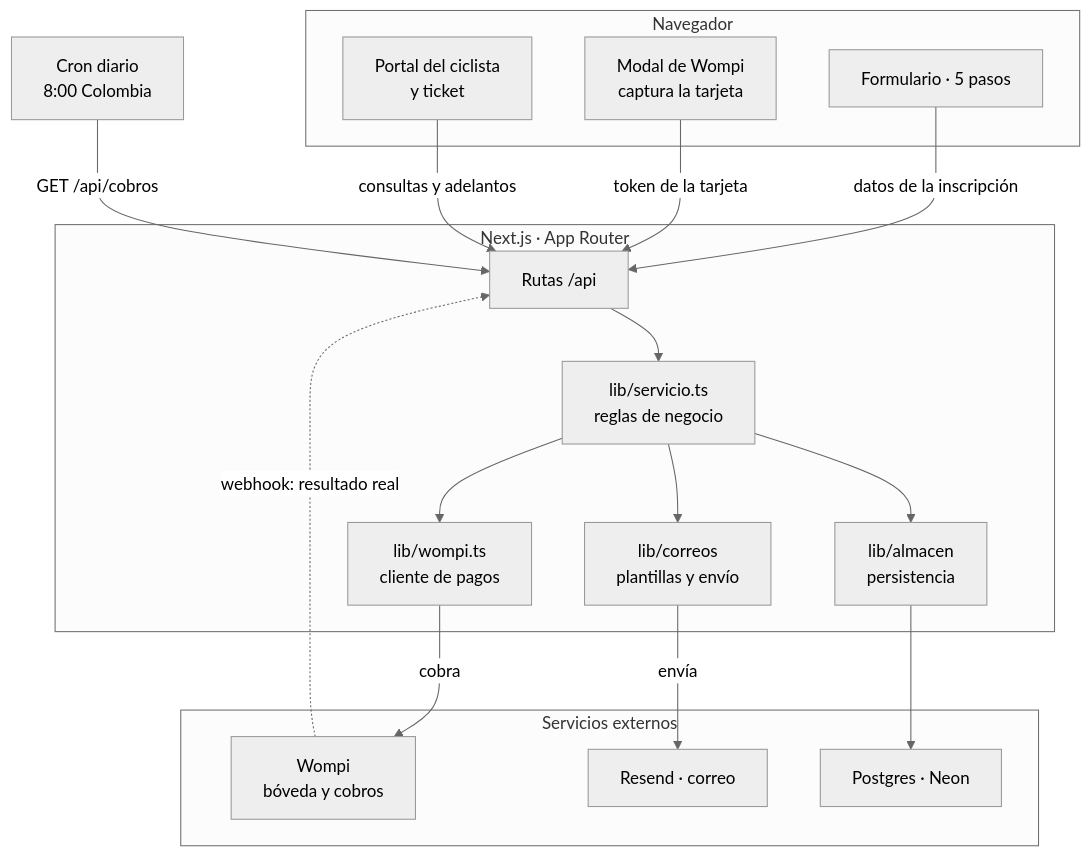
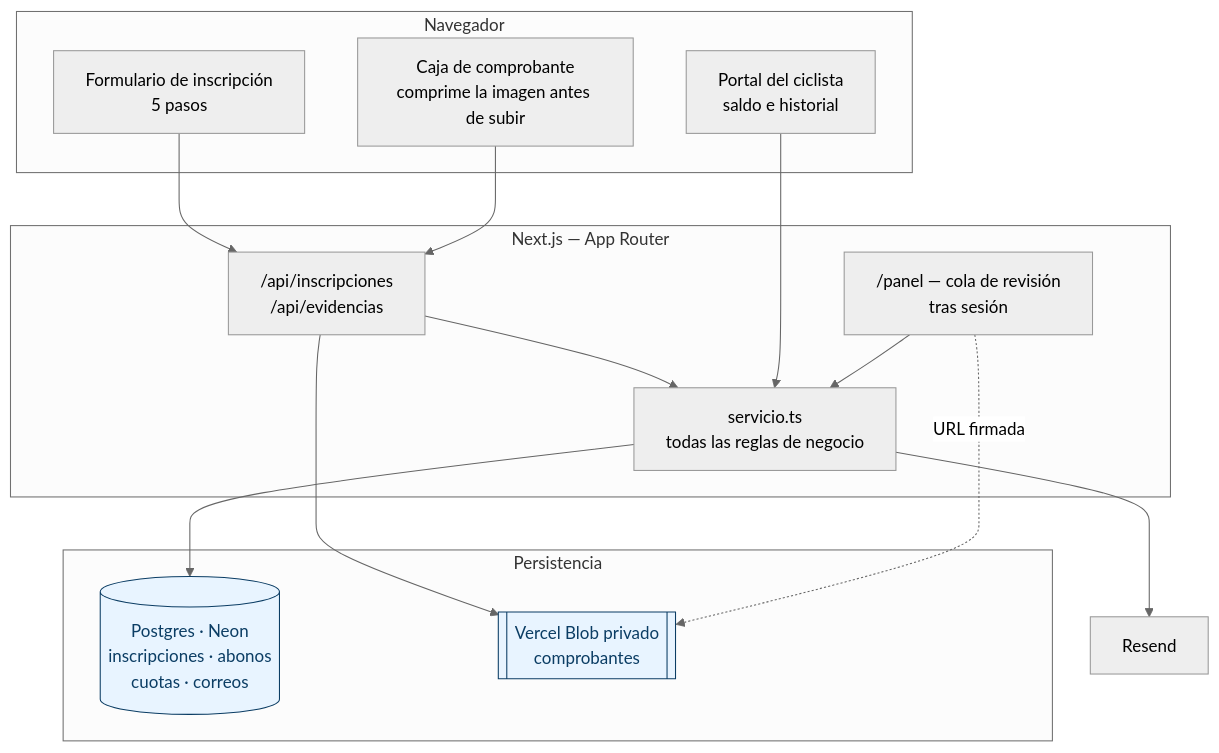
Before and after one commit to davideliaspalacio/cycling-web: the first of 5 diagrams in README.md, drawn with Mermaid (neutral theme). The commit also changed other lines of this file and 4 other files, not shown here.

First line of the commit message:
docs: README del pago manual y las decisiones que tomé sin el cliente

````diff
--- a/README.md
+++ b/README.md
@@ -29,37 +27,33 @@
 ```mermaid
-graph TD
-    subgraph nav["Navegador"]
-        F["Formulario · 5 pasos"]
-        M["Modal de Wompi<br/>captura la tarjeta"]
-        P["Portal del ciclista<br/>y ticket"]
-    end
+flowchart TB
+  subgraph nav["Navegador"]
+    F["Formulario de inscripción<br/>5 pasos"]
+    C["Caja de comprobante<br/>comprime la imagen antes de subir"]
+    P["Portal del ciclista<br/>saldo e historial"]
+  end
 
-    subgraph app["Next.js · App Router"]
-        API["Rutas /api"]
-        SRV["lib/servicio.ts<br/>reglas de negocio"]
-        ALM["lib/almacen<br/>persistencia"]
-        WOM["lib/wompi.ts<br/>cliente de pagos"]
-        COR["lib/correos<br/>plantillas y envío"]
-    end
+  subgraph srv["Next.js — App Router"]
+    API["/api/inscripciones<br/>/api/evidencias"]
+    PANEL["/panel — cola de revisión<br/>tras sesión"]
+    SVC["servicio.ts<br/>todas las reglas de negocio"]
+  end
 
-    subgraph fuera["Servicios externos"]
-        WP["Wompi<br/>bóveda y cobros"]
-        RS["Resend · correo"]
-        PG["Postgres · Neon"]
-    end
+  subgraph datos["Persistencia"]
+    PG[("Postgres · Neon<br/>inscripciones · abonos<br/>cuotas · correos")]
+    BLOB[["Vercel Blob privado<br/>comprobantes"]]
+  end
 
-    CRON["Cron diario<br/>8:00 Colombia"]
+  MAIL["Resend"]
 
-    F -->|"datos de la inscripción"| API
-    M -->|"token de la tarjeta"| API
-    P -->|"consultas y adelantos"| API
-    API --> SRV
-    SRV --> ALM
-    SRV --> WOM
-    SRV --> COR
-    ALM --> PG
-    WOM -->|"cobra"| WP
-    COR -->|"envía"| RS
-    WP -.->|"webhook: resultado real"| API
-    CRON -->|"GET /api/cobros"| API
+  F --> API --> SVC
+  C --> API
+  P --> SVC
+  PANEL --> SVC
+  SVC --> PG
+  API --> BLOB
+  PANEL -.URL firmada.-> BLOB
+  SVC --> MAIL
+
+  classDef d fill:#e8f4ff,stroke:#0b3d64,color:#0b3d64
+  class PG,BLOB d
 ```
````
